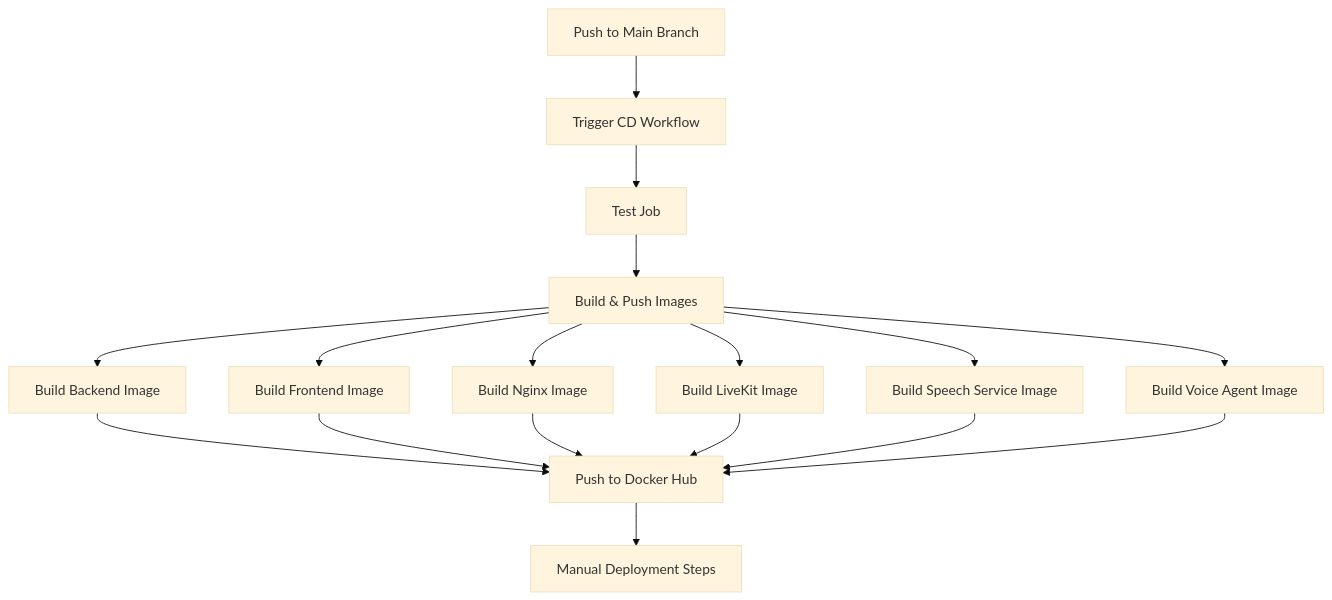
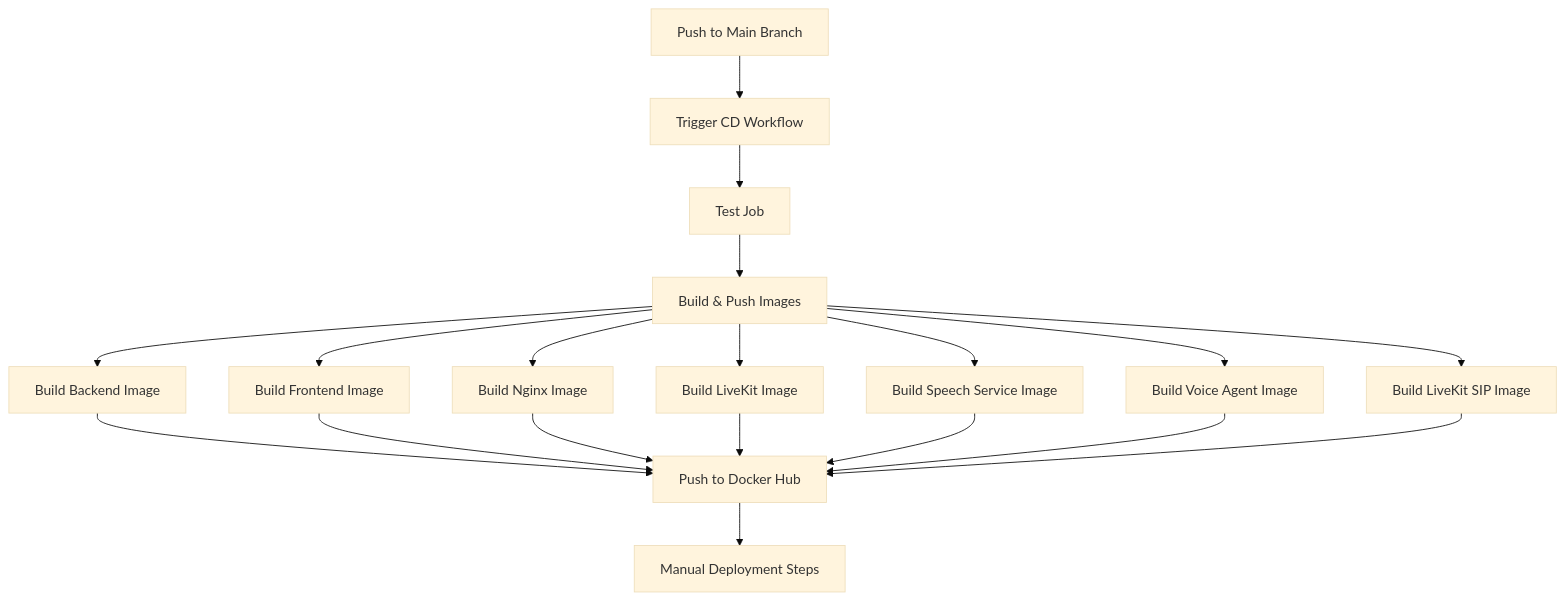
The fifth of 12 diagrams in .qoder/repowiki/en/content/Deployment & DevOps/Speech Service Microservice.md (Revanththetalogics/aireume), drawn with Mermaid (base theme) before and after one commit. The commit also changed other lines of this file and 118 other files, not shown here.

````diff
--- a/.qoder/repowiki/en/content/Deployment & DevOps/Speech Service Microservice.md
+++ b/.qoder/repowiki/en/content/Deployment & DevOps/Speech Service Microservice.md
@@ -250,19 +302,21 @@
 ```mermaid
 flowchart TD
 A[Push to Main Branch] --> B[Trigger CD Workflow]
 B --> C[Test Job]
 C --> D[Build & Push Images]
 D --> E[Build Backend Image]
 D --> F[Build Frontend Image]
 D --> G[Build Nginx Image]
 D --> H[Build LiveKit Image]
 D --> I[Build Speech Service Image]
 D --> J[Build Voice Agent Image]
-E --> K[Push to Docker Hub]
-F --> K
-G --> K
-H --> K
-I --> K
-J --> K
-K --> L[Manual Deployment Steps]
+D --> K[Build LiveKit SIP Image]
+E --> L[Push to Docker Hub]
+F --> L
+G --> L
+H --> L
+I --> L
+J --> L
+K --> L
+L --> M[Manual Deployment Steps]
 ```
````
